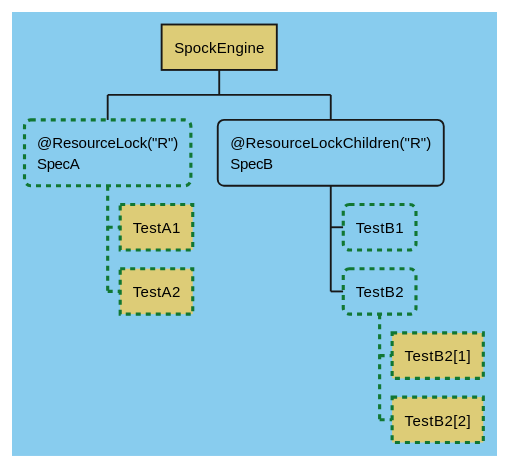
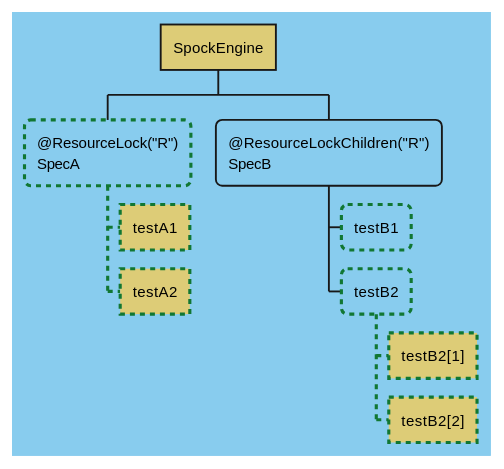
Diagram 12 of 15 in docs/parallel_execution.adoc (spockframework/spock), drawn with PlantUML before and after one commit. The commit also changed other lines of this file, not shown here.

Commit message:
Rename upper case Test to test in parallel_execution.adoc

```diff
--- a/docs/parallel_execution.adoc
+++ b/docs/parallel_execution.adoc
@@ -548,38 +548,38 @@
 [plantuml,images/lock-inherit-lock-children,svg]
 ....
 @startwbs
 <style>
 wbsDiagram {
   BackgroundColor #88CCEE
   RoundCorner 10
   node {
     :depth(0) {
       BackgroundColor #DDCC77
       RoundCorner 0
     }
   }
 
   .samethread * {
       BackgroundColor #DDCC77
       RoundCorner 0
   }
 
   .write_lock * {
       LineStyle 4
       LineThickness 2.5
       LineColor #117733
   }
 }
 </style>
 skinparam shadowing false
 * SpockEngine
 ** @ResourceLock("R")\nSpecA  <<write_lock>>
-*** TestA1 <<samethread>>
-*** TestA2 <<samethread>>
+*** testA1 <<samethread>>
+*** testA2 <<samethread>>
 ** @ResourceLockChildren("R")\nSpecB
-*** TestB1 <<write_lock>>
-*** TestB2 <<write_lock>>
-**** TestB2[1] <<samethread>>
-**** TestB2[2] <<samethread>>
+*** testB1 <<write_lock>>
+*** testB2 <<write_lock>>
+**** testB2[1] <<samethread>>
+**** testB2[2] <<samethread>>
 @endwbs
 ....
```
